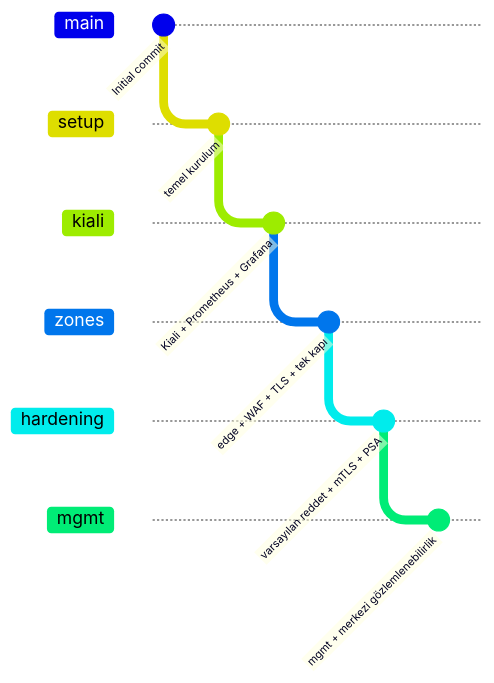
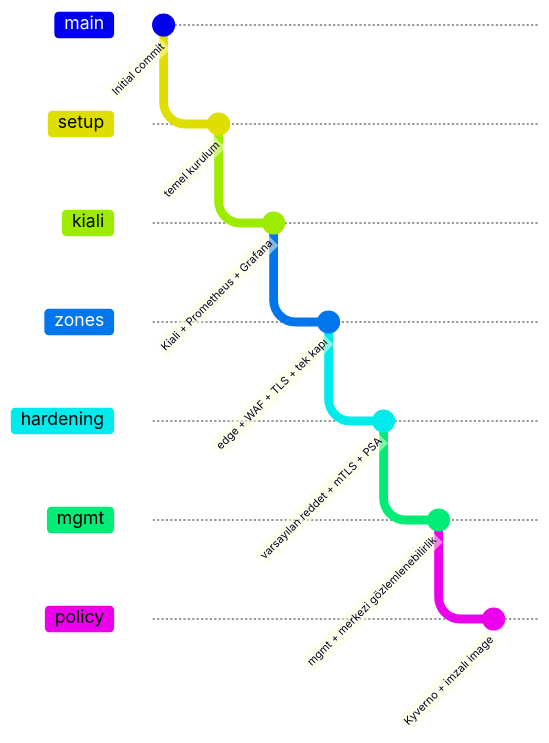
Before and after one commit to olgunyldz/service-mesh-lab: the diagram in docs/README.md, drawn with Mermaid. The commit also changed other lines of this file and 19 other files, not shown here.

First line of the commit message:
Politika: Kyverno admission ve cosign ile imzalı image zorunluluğu

````diff
--- a/docs/README.md
+++ b/docs/README.md
@@ -5,19 +5,22 @@
 ```mermaid
 gitGraph
     commit id: "Initial commit"
     branch setup
     checkout setup
     commit id: "temel kurulum"
     branch kiali
     checkout kiali
     commit id: "Kiali + Prometheus + Grafana"
     branch zones
     checkout zones
     commit id: "edge + WAF + TLS + tek kapı"
     branch hardening
     checkout hardening
     commit id: "varsayılan reddet + mTLS + PSA"
     branch mgmt
     checkout mgmt
     commit id: "mgmt + merkezi gözlemlenebilirlik"
+    branch policy
+    checkout policy
+    commit id: "Kyverno + imzalı image"
 ```
````
